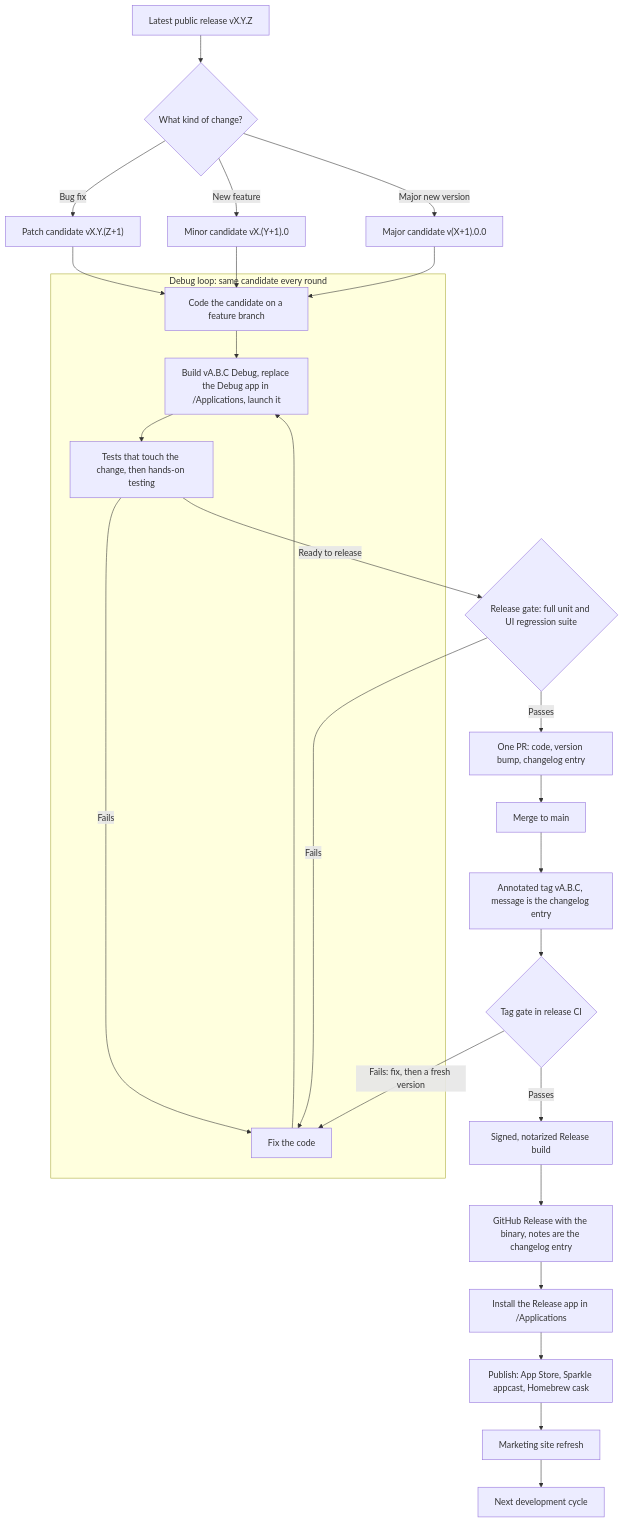
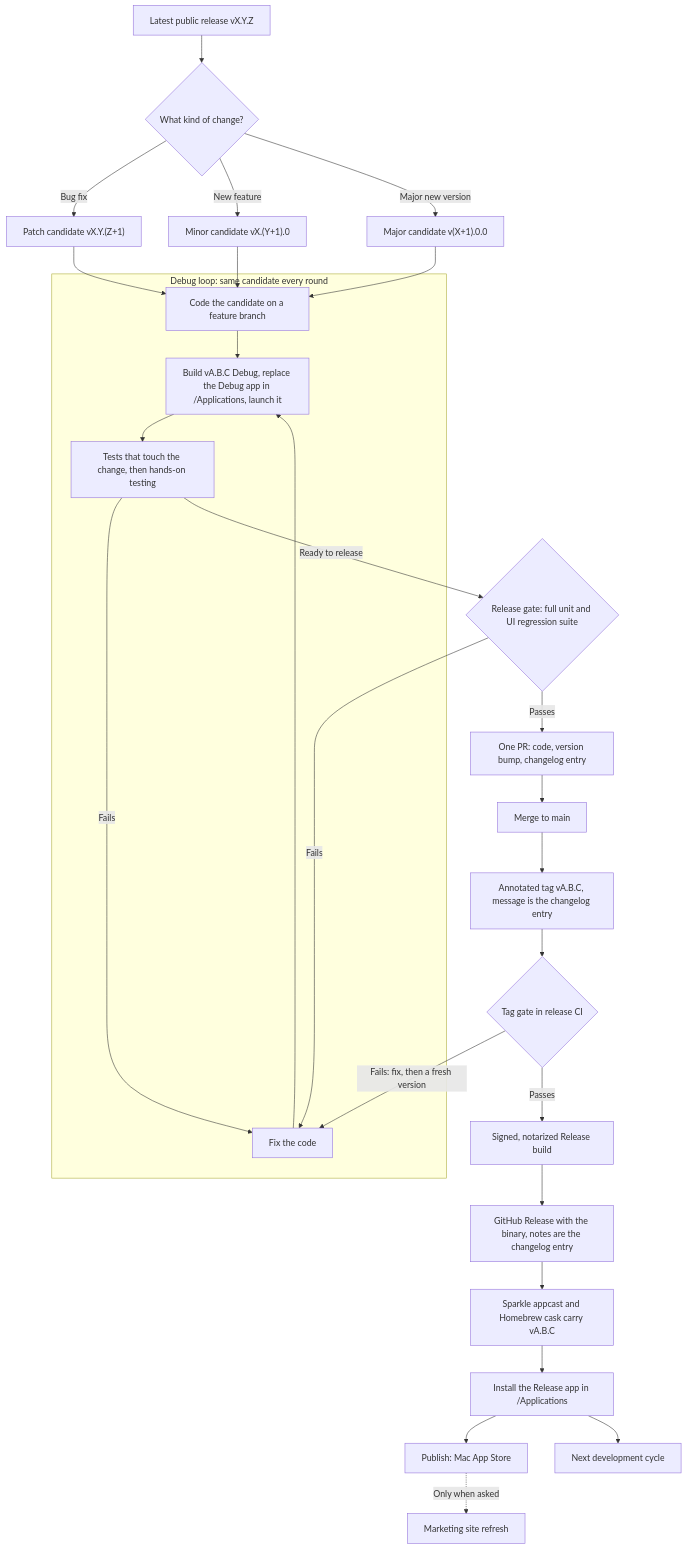
One commit to teddychan/dragon-kit changed the diagram in docs/MAC-APP-RELEASE-LIFECYCLE.md. Above: the diagram before and after it, drawn with Mermaid. The commit also changed other lines of this file, not shown here.

First line of the commit message:
docs: release includes the Sparkle appcast and Homebrew cask

````diff
--- a/docs/MAC-APP-RELEASE-LIFECYCLE.md
+++ b/docs/MAC-APP-RELEASE-LIFECYCLE.md
@@ -76,31 +78,32 @@
 ```mermaid
 flowchart TD
     L["Latest public release vX.Y.Z"] --> K{"What kind of change?"}
     K -->|Bug fix| PC["Patch candidate vX.Y.(Z+1)"]
     K -->|New feature| MC["Minor candidate vX.(Y+1).0"]
     K -->|Major new version| XC["Major candidate v(X+1).0.0"]
     PC --> C["Code the candidate on a feature branch"]
     MC --> C
     XC --> C
 
     subgraph DEBUG ["Debug loop: same candidate every round"]
         C --> B["Build vA.B.C Debug, replace the Debug app in /Applications, launch it"]
         B --> T["Tests that touch the change, then hands-on testing"]
         T -->|Fails| F["Fix the code"]
         F --> B
     end
 
     T -->|Ready to release| G{"Release gate: full unit and UI regression suite"}
     G -->|Fails| F
     G -->|Passes| PR["One PR: code, version bump, changelog entry"]
     PR --> M["Merge to main"]
     M --> TAG["Annotated tag vA.B.C, message is the changelog entry"]
     TAG --> TG{"Tag gate in release CI"}
     TG -->|Fails: fix, then a fresh version| F
     TG -->|Passes| R["Signed, notarized Release build"]
     R --> GR["GitHub Release with the binary, notes are the changelog entry"]
-    GR --> I["Install the Release app in /Applications"]
-    I --> P["Publish: App Store, Sparkle appcast, Homebrew cask"]
-    P --> W["Marketing site refresh"]
-    W --> L2["Next development cycle"]
+    GR --> SH["Sparkle appcast and Homebrew cask carry vA.B.C"]
+    SH --> I["Install the Release app in /Applications"]
+    I --> P["Publish: Mac App Store"]
+    P -.->|Only when asked| W["Marketing site refresh"]
+    I --> L2["Next development cycle"]
 ```
````
